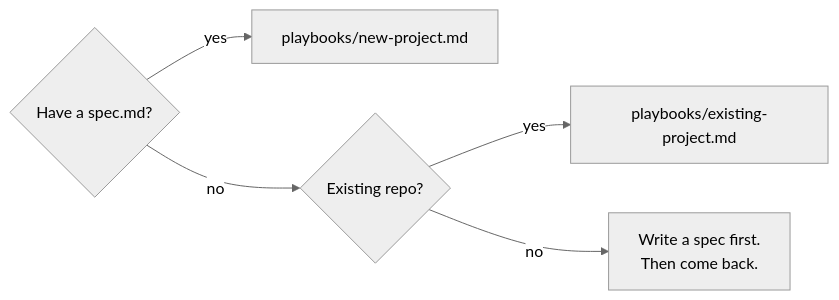
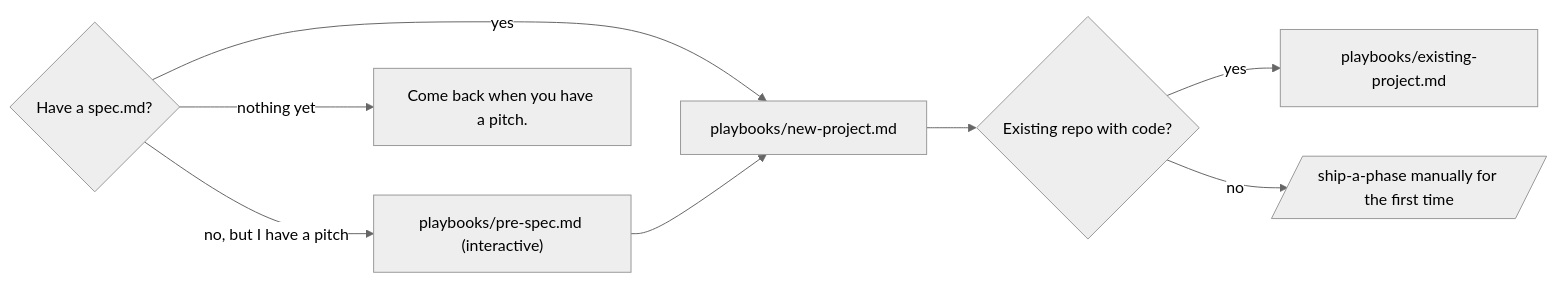
Before and after one commit to daretodave/nexus: the diagram in README.md, drawn with Mermaid (neutral theme). The commit also changed other lines of this file and 14 other files, not shown here.

````diff
--- a/README.md
+++ b/README.md
@@ -251,7 +336,10 @@
 ```mermaid
 flowchart LR
   spec{Have a spec.md?} -- yes --> green["playbooks/new-project.md"]
-  spec -- no --> brownfield{Existing repo?}
-  brownfield -- yes --> brown["playbooks/existing-project.md"]
-  brownfield -- no --> spec_first[Write a spec first.<br/>Then come back.]
+  spec -- "no, but I have a pitch" --> presp["playbooks/pre-spec.md (interactive)"]
+  spec -- nothing yet --> think[Come back when you have a pitch.]
+  presp --> green
+  green --> brown_check{Existing repo with code?}
+  brown_check -- yes --> brown["playbooks/existing-project.md"]
+  brown_check -- no --> ship[/ship-a-phase manually for the first time/]
 ```
````
